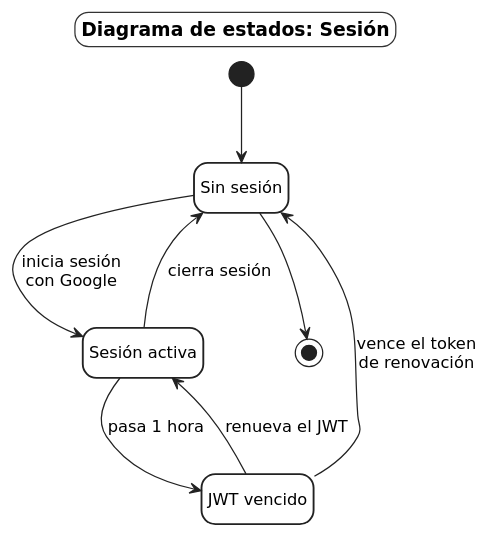
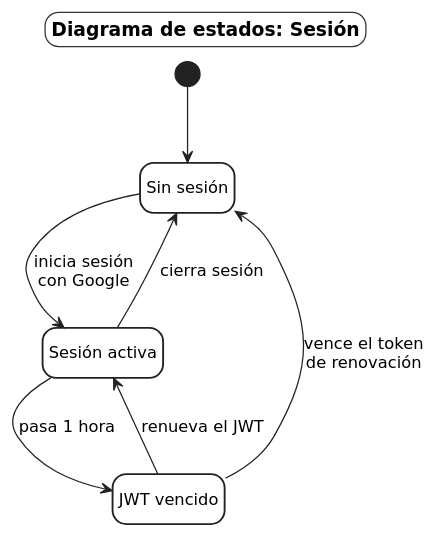
Before and after one commit to uniWASD/ChuroViajeInterno: the diagram in 03_des/DiagramasPrueba/Maquina de estados/EST-02_Sesion.puml, drawn with PlantUML. The commit also changed 37 other files, not shown here.

```diff
--- a/03_des/DiagramasPrueba/Maquina de estados/EST-02_Sesion.puml
+++ b/03_des/DiagramasPrueba/Maquina de estados/EST-02_Sesion.puml
@@ -1,42 +1,41 @@
 @startuml EST-02_Sesion
 ' Diagrama de estados general: sesión del conductor
 skinparam shadowing false
 skinparam defaultFontName "DejaVu Sans"
 skinparam defaultFontSize 13
 skinparam wrapWidth 160
 skinparam ArrowColor #222222
 skinparam backgroundColor white
 skinparam titleBorderThickness 1
 skinparam titleBorderColor #333333
 skinparam titleBorderRoundCorner 0
 skinparam titleFontSize 15
 skinparam titleBackgroundColor white
 skinparam roundCorner 22
 skinparam state {
   BackgroundColor white
   BorderColor #222222
   BorderThickness 1.5
   StartColor #222222
   EndColor #222222
 }
 skinparam note {
   BackgroundColor white
   BorderColor #777777
 }
 hide empty description
 
 title Diagrama de estados: Sesión
 
 state "Sin sesión" as SinSesion
 state "Sesión activa" as Activa
 state "JWT vencido" as Vencido
 
 [*] --> SinSesion
 SinSesion --> Activa : inicia sesión\ncon Google
 Activa --> Vencido : pasa 1 hora
 Vencido --> Activa : renueva el JWT
 Vencido --> SinSesion : vence el token\nde renovación
 Activa --> SinSesion : cierra sesión
-SinSesion --> [*]
 
 @enduml
```
